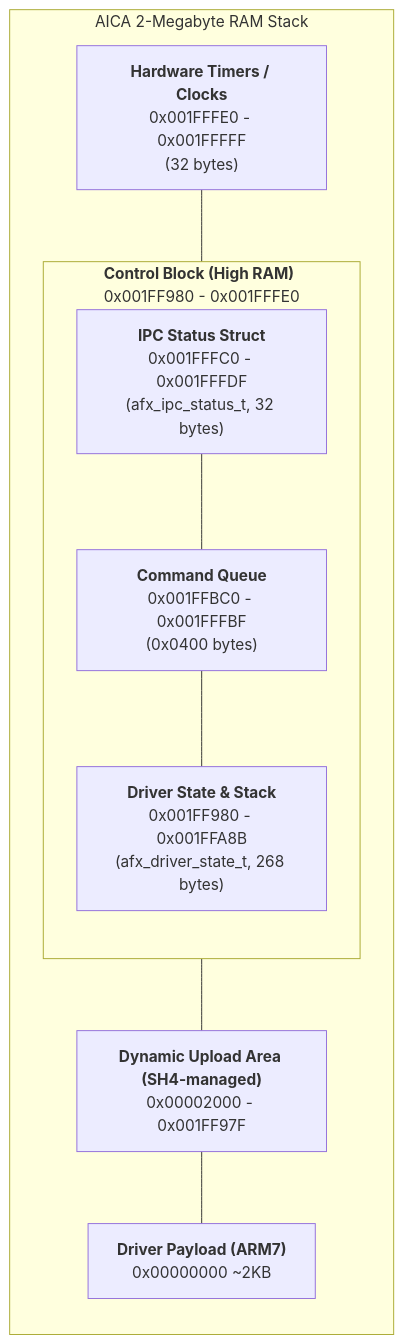
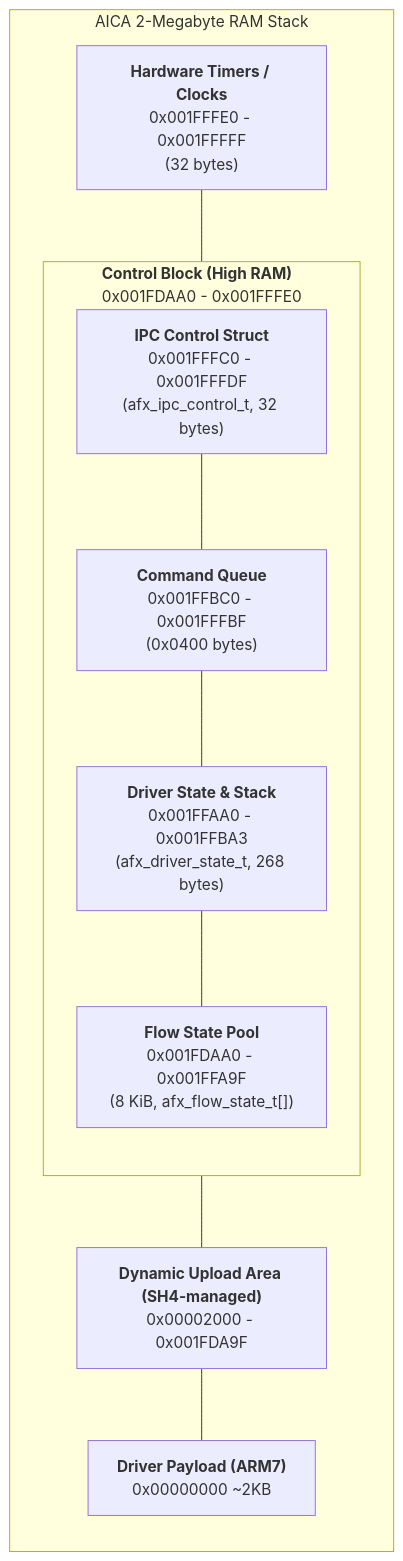
The diagram in docs/afx_design.md (dfchil/aicaflow), drawn with Mermaid before and after one commit. The commit also changed other lines of this file and 2 other files, not shown here.

First line of the commit message:
feat: use KYONB-based flow completion on ARM7 AICA driver

````diff
--- a/docs/afx_design.md
+++ b/docs/afx_design.md
@@ -40,23 +42,25 @@
 ```mermaid
 graph TD
     subgraph AICA_RAM ["AICA 2-Megabyte RAM Stack"]
         direction TB
 
         CLOCKS["<b>Hardware Timers / Clocks</b><br/>0x001FFFE0 - 0x001FFFFF<br/>(32 bytes)"]
 
-        subgraph IPC_BLOCK ["<b>Control Block (High RAM)</b><br/>0x001FF980 - 0x001FFFE0"]
+        subgraph IPC_BLOCK ["<b>Control Block (High RAM)</b><br/>0x001FDAA0 - 0x001FFFE0"]
             direction TB
-            STATUS["<b>IPC Status Struct</b><br/>0x001FFFC0 - 0x001FFFDF<br/>(afx_ipc_status_t, 32 bytes)"]
+            STATUS["<b>IPC Control Struct</b><br/>0x001FFFC0 - 0x001FFFDF<br/>(afx_ipc_control_t, 32 bytes)"]
             QUEUE["<b>Command Queue</b><br/>0x001FFBC0 - 0x001FFFBF<br/>(0x0400 bytes)"]
-            PLAYER["<b>Driver State & Stack</b><br/>0x001FF980 - 0x001FFA8B<br/>(afx_driver_state_t, 268 bytes)"]
+            PLAYER["<b>Driver State & Stack</b><br/>0x001FFAA0 - 0x001FFBA3<br/>(afx_driver_state_t, 268 bytes)"]
+            POOL["<b>Flow State Pool</b><br/>0x001FDAA0 - 0x001FFA9F<br/>(8 KiB, afx_flow_state_t[])"]
             STATUS --- QUEUE
             QUEUE --- PLAYER
+            PLAYER --- POOL
         end
 
         CLOCKS --- IPC_BLOCK
         IPC_BLOCK --- DYNAMIC
-        DYNAMIC["<b>Dynamic Upload Area (SH4-managed)</b><br/>0x00002000 - 0x001FF97F"]
+        DYNAMIC["<b>Dynamic Upload Area (SH4-managed)</b><br/>0x00002000 - 0x001FDA9F"]
         DYNAMIC --- DRIVER
         DRIVER["<b>Driver Payload (ARM7)</b><br/>0x00000000 ~2KB"]
     end
 ```
````
